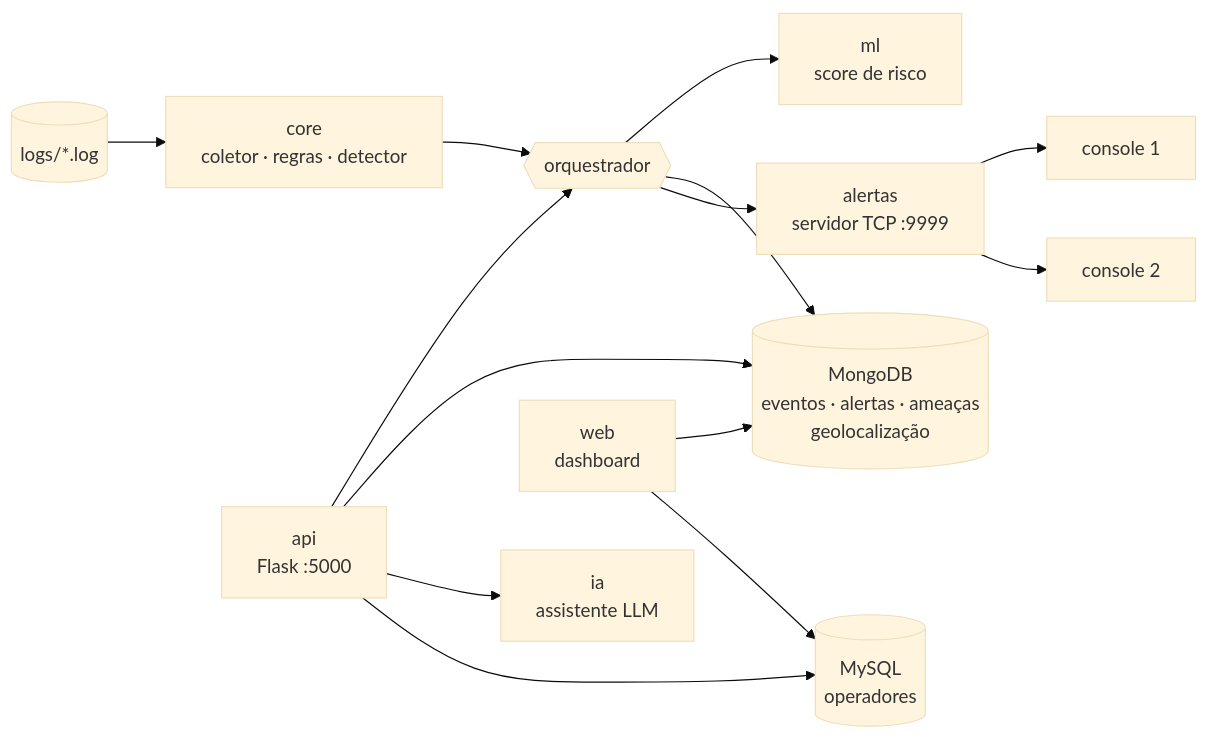
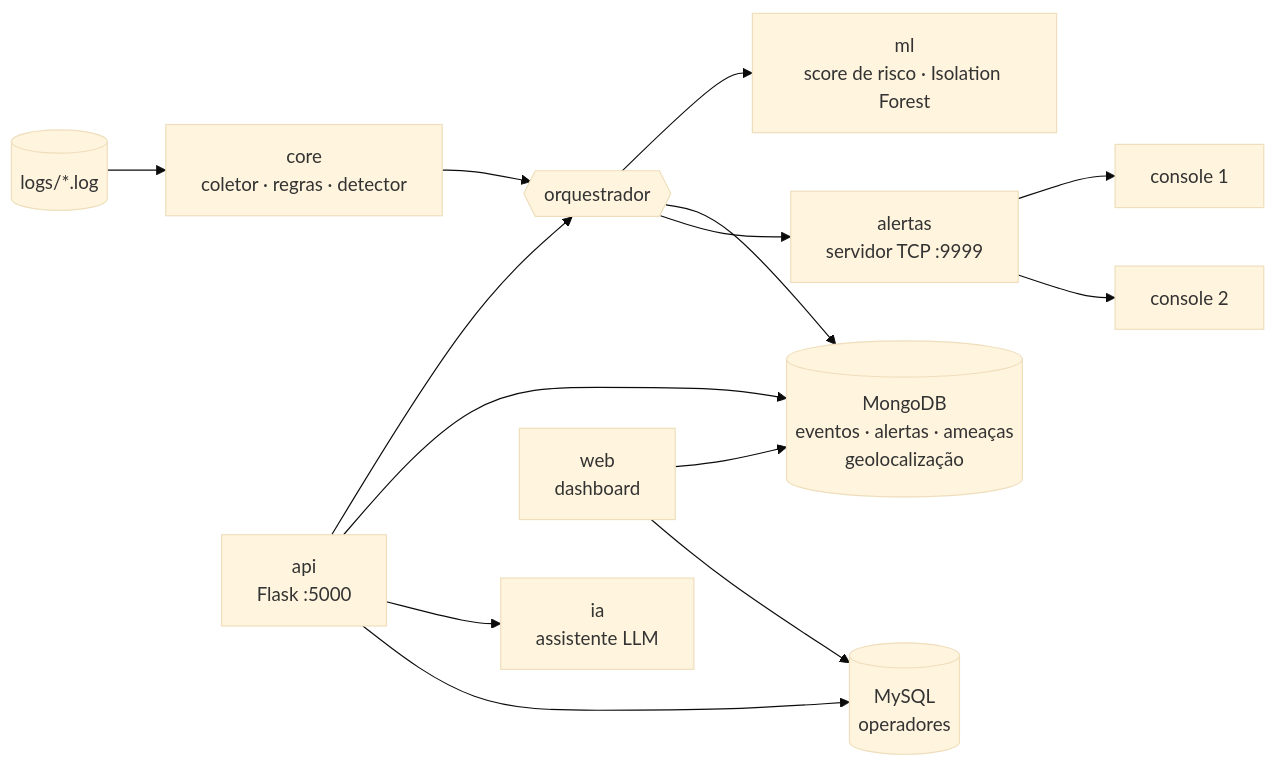
Before and after one commit to NightHawkBR/GS2_SECURAPY_SIEM: the diagram in README.md, drawn with Mermaid (base theme). The commit also changed other lines of this file and 18 other files, not shown here.

Commit message:
fix: pente-fino - score do ML ordena alertas, Isolation Forest na analize, validacoes, niveis de acesso e README final

````diff
--- a/README.md
+++ b/README.md
@@ -20,15 +20,15 @@
 ```mermaid
 flowchart LR
     LOGS[(logs/*.log)] --> CORE[core<br/>coletor · regras · detector]
     CORE --> ORQ{{orquestrador}}
-    ORQ --> ML[ml<br/>score de risco]
+    ORQ --> ML[ml<br/>score de risco · Isolation Forest]
     ORQ --> MONGO[(MongoDB<br/>eventos · alertas · ameaças<br/>geolocalização)]
     ORQ --> TCP[alertas<br/>servidor TCP :9999]
     TCP --> C1[console 1] & C2[console 2]
     API[api<br/>Flask :5000] --> ORQ
     API --> MONGO
     API --> IA[ia<br/>assistente LLM]
     WEB[web<br/>dashboard] --> MONGO
     WEB --> MYSQL[(MySQL<br/>operadores)]
     API --> MYSQL
 ```
````
